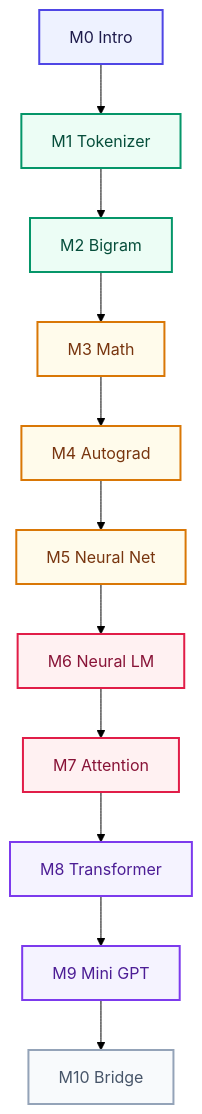
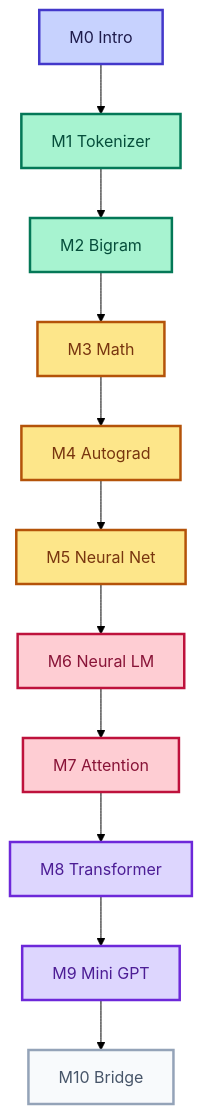
Before and after one commit to bhNibir/build-own-llm: the diagram in content/docs/index.mdx, drawn with Mermaid (forest theme). The commit also changed 22 other files, not shown here.

First line of the commit message:
Refactor Mermaid and diagram styles for improved readability and consistency

````diff
--- a/content/docs/index.mdx
+++ b/content/docs/index.mdx
@@ -23,19 +23,19 @@
 ```mermaid
 flowchart TD
     M0["M0 Intro"]:::input --> M1["M1 Tokenizer"]:::process
     M1 --> M2["M2 Bigram"]:::process
     M2 --> M3["M3 Math"]:::output
     M3 --> M4["M4 Autograd"]:::output
     M4 --> M5["M5 Neural Net"]:::output
     M5 --> M6["M6 Neural LM"]:::highlight
     M6 --> M7["M7 Attention"]:::highlight
     M7 --> M8["M8 Transformer"]:::matrix
     M8 --> M9["M9 Mini GPT"]:::matrix
     M9 --> M10["M10 Bridge"]:::dim
-    classDef input fill:#EEF2FF,color:#1E1B4B,stroke:#4F46E5,stroke-width:2px
-    classDef process fill:#ECFDF5,color:#064E3B,stroke:#059669,stroke-width:2px
-    classDef output fill:#FFFBEB,color:#78350F,stroke:#D97706,stroke-width:2px
-    classDef highlight fill:#FFF1F2,color:#881337,stroke:#E11D48,stroke-width:2px
-    classDef matrix fill:#F5F3FF,color:#4C1D95,stroke:#7C3AED,stroke-width:2px
-    classDef dim fill:#F8FAFC,color:#475569,stroke:#94A3B8,stroke-width:2px
+    classDef input fill:#C7D2FE,color:#1E1B4B,stroke:#4338CA,stroke-width:2.5px
+    classDef process fill:#A7F3D0,color:#064E3B,stroke:#047857,stroke-width:2.5px
+    classDef output fill:#FDE68A,color:#78350F,stroke:#B45309,stroke-width:2.5px
+    classDef highlight fill:#FECDD3,color:#881337,stroke:#BE123C,stroke-width:2.5px
+    classDef matrix fill:#DDD6FE,color:#4C1D95,stroke:#6D28D9,stroke-width:2.5px
+    classDef dim fill:#F8FAFC,color:#475569,stroke:#94A3B8,stroke-width:2.5px
 ```
````
